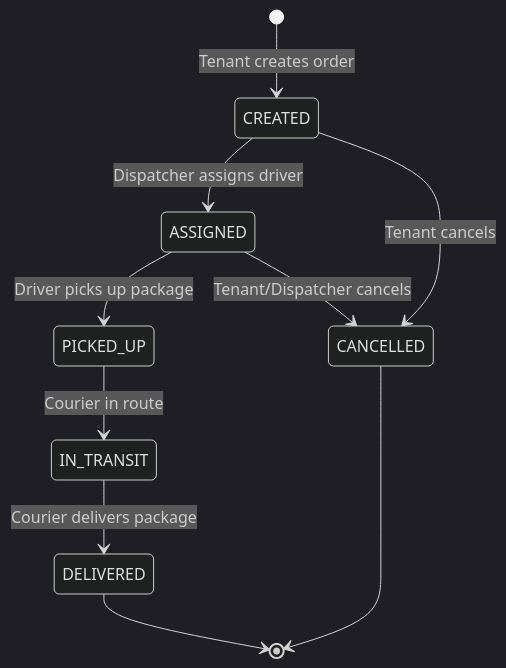
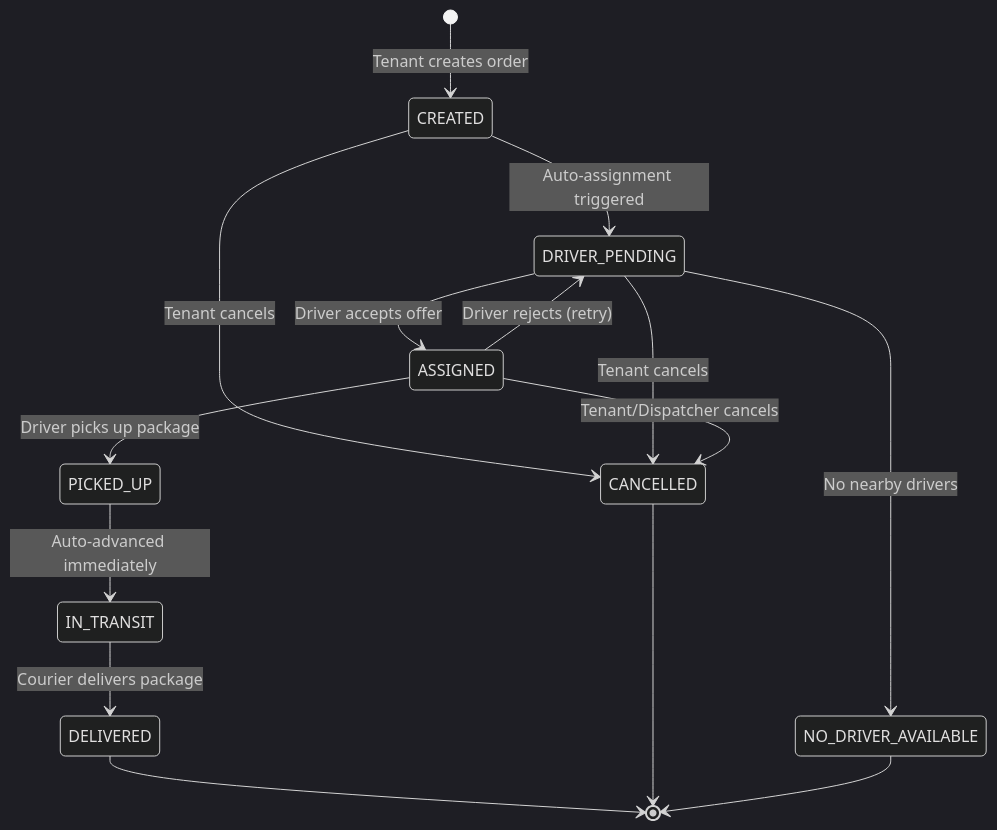
One commit to sreyash3105/DILIVERY-INFRA- changed the second of 3 diagrams in README.md. Above: the diagram before and after it, drawn with Mermaid (dark theme). The commit also changed other lines of this file, not shown here.

````diff
--- a/README.md
+++ b/README.md
@@ -77,12 +77,17 @@
 ```mermaid
 stateDiagram-v2
     [*] --> CREATED : Tenant creates order
-    CREATED --> ASSIGNED : Dispatcher assigns driver
+    CREATED --> DRIVER_PENDING : Auto-assignment triggered
     CREATED --> CANCELLED : Tenant cancels
+    DRIVER_PENDING --> ASSIGNED : Driver accepts offer
+    DRIVER_PENDING --> NO_DRIVER_AVAILABLE : No nearby drivers
+    DRIVER_PENDING --> CANCELLED : Tenant cancels
     ASSIGNED --> PICKED_UP : Driver picks up package
+    ASSIGNED --> DRIVER_PENDING : Driver rejects (retry)
     ASSIGNED --> CANCELLED : Tenant/Dispatcher cancels
-    PICKED_UP --> IN_TRANSIT : Courier in route
+    PICKED_UP --> IN_TRANSIT : Auto-advanced immediately
     IN_TRANSIT --> DELIVERED : Courier delivers package
     DELIVERED --> [*]
     CANCELLED --> [*]
+    NO_DRIVER_AVAILABLE --> [*]
 ```
````
